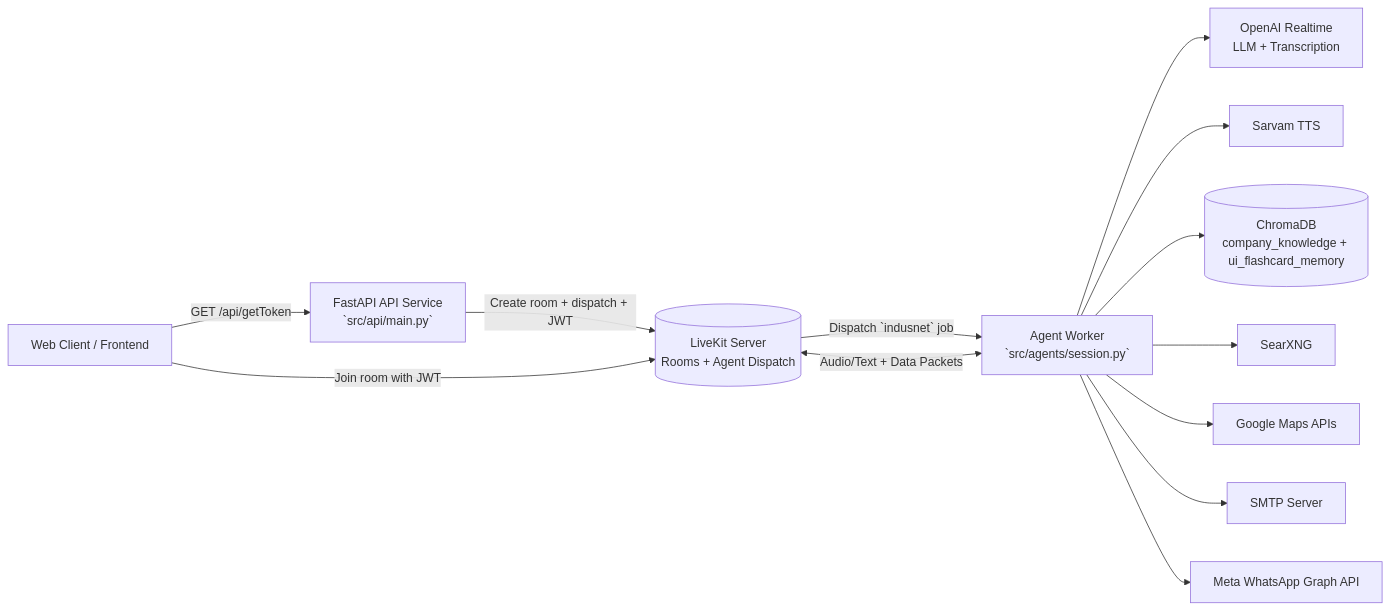
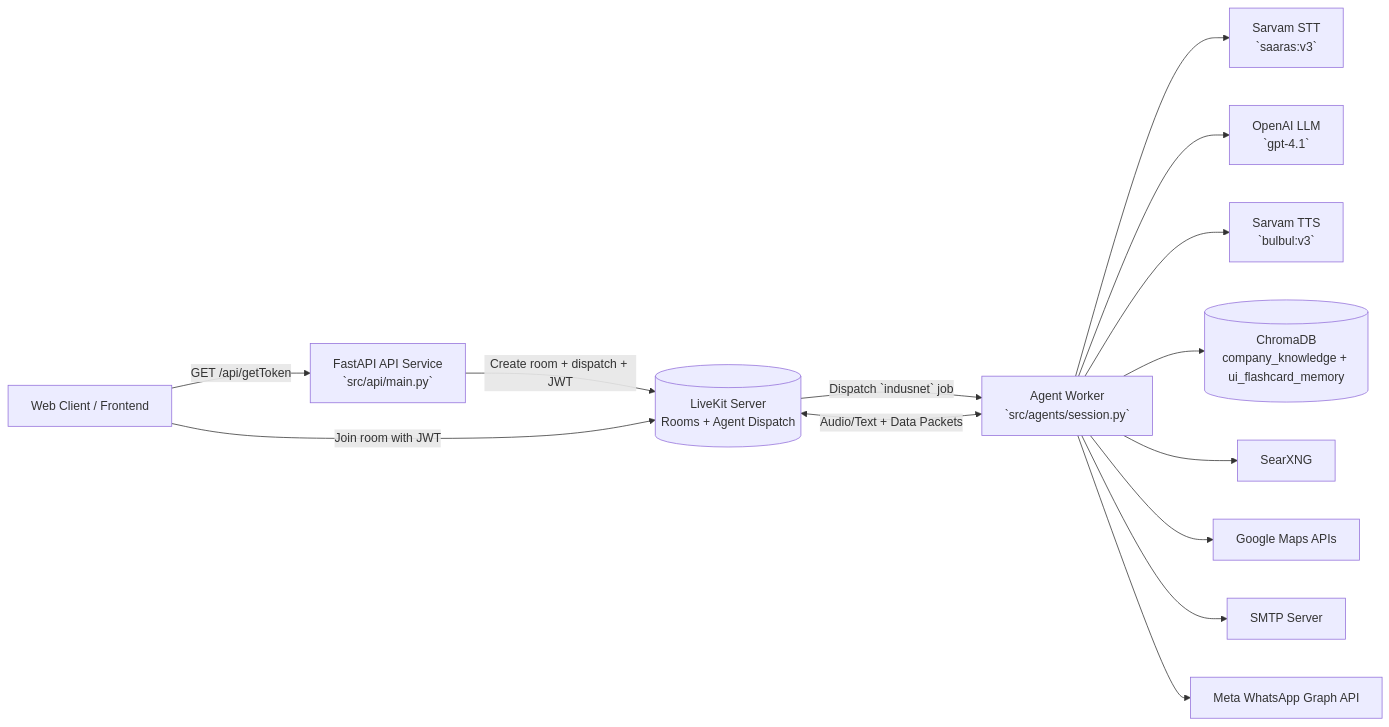
One commit to ShubhamX-AI/ai_website_backend changed the first of 3 diagrams in docs/architecture.md. Above: the diagram before and after it, drawn with Mermaid. The commit also changed 8 other files, not shown here.

First line of the commit message:
feat(agent): replace OpenAI Realtime with STT-LLM-TTS pipeline

````diff
--- a/docs/architecture.md
+++ b/docs/architecture.md
@@ -7,30 +7,32 @@
 ```mermaid
 flowchart LR
     C[Web Client / Frontend]
     API[FastAPI API Service\n`src/api/main.py`]
     LK[(LiveKit Server\nRooms + Agent Dispatch)]
     AG[Agent Worker\n`src/agents/session.py`]
 
-    OAI[OpenAI Realtime\nLLM + Transcription]
-    STS[Sarvam TTS]
+    SST[Sarvam STT\n`saaras:v3`]
+    OAI[OpenAI LLM\n`gpt-4.1`]
+    STS[Sarvam TTS\n`bulbul:v3`]
     CH[(ChromaDB\ncompany_knowledge + ui_flashcard_memory)]
     SX[SearXNG]
     GM[Google Maps APIs]
     SMTP[SMTP Server]
     WA[Meta WhatsApp Graph API]
 
     C -->|GET /api/getToken| API
     API -->|Create room + dispatch + JWT| LK
     C -->|Join room with JWT| LK
 
     LK -->|Dispatch `indusnet` job| AG
     AG <--> |Audio/Text + Data Packets| LK
 
+    AG --> SST
     AG --> OAI
     AG --> STS
     AG --> CH
     AG --> SX
     AG --> GM
     AG --> SMTP
     AG --> WA
 ```
````
